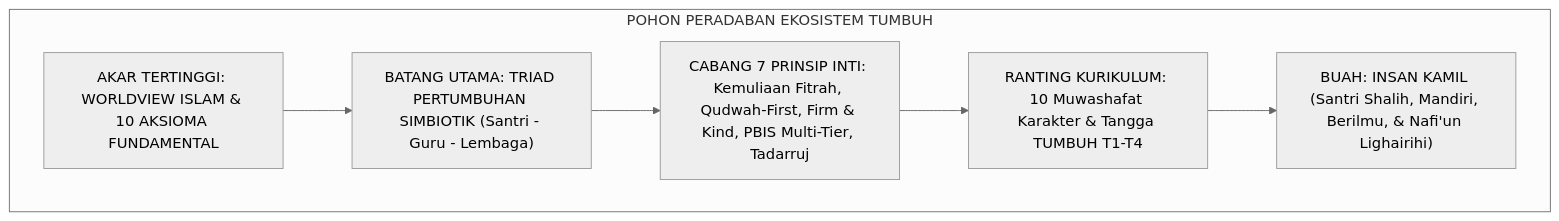
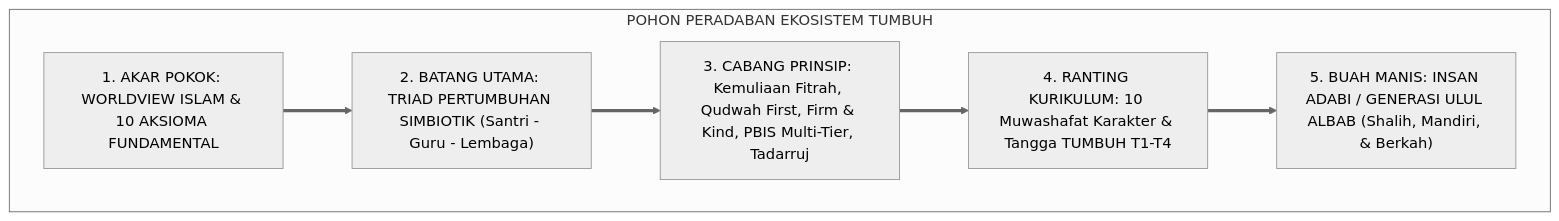
The first of 3 diagrams in 01 Philosophy/01 Worldview/P1-01-Worldview-TUMBUH.md (wandiapriliyandi/tumbuh), drawn with Mermaid (neutral theme) before and after one commit. The commit also changed other lines of this file and 24 other files, not shown here.

Commit message:
feat(worldview): restrukturisasi subfolder modular 01 Hakikat Realitas & 02 Epistemologi TUMBUH dan penyelesaian 100% monograf terpadu

````diff
--- a/01 Philosophy/01 Worldview/P1-01-Worldview-TUMBUH.md
+++ b/01 Philosophy/01 Worldview/P1-01-Worldview-TUMBUH.md
@@ -28,15 +58,12 @@
 ```mermaid
-graph TD
-    subgraph PohonPeradaban["POHON PERADABAN EKOSISTEM TUMBUH"]
-        Akar["AKAR TERTINGGI: WORLDVIEW ISLAM & 10 AKSIOMA FUNDAMENTAL"]
-        Batang1["BATANG UTAMA: TRIAD PERTUMBUHAN SIMBIOTIK (Santri - Guru - Lembaga)"]
-        Cabang["CABANG 7 PRINSIP INTI: Kemuliaan Fitrah, Qudwah-First, Firm & Kind, PBIS Multi-Tier, Tadarruj"]
-        Ranting["RANTING KURIKULUM: 10 Muwashafat Karakter & Tangga TUMBUH T1-T4"]
-        Buah["BUAH: INSAN KAMIL (Santri Shalih, Mandiri, Berilmu, & Nafi'un Lighairihi)"]
+flowchart TD
+    subgraph PohonWorldviewTUMBUH["POHON PERADABAN EKOSISTEM TUMBUH"]
+        Akar["1. AKAR POKOK: WORLDVIEW ISLAM & 10 AKSIOMA FUNDAMENTAL"]
+        Batang["2. BATANG UTAMA: TRIAD PERTUMBUHAN SIMBIOTIK (Santri - Guru - Lembaga)"]
+        Cabang["3. CABANG PRINSIP: Kemuliaan Fitrah, Qudwah First, Firm & Kind, PBIS Multi-Tier, Tadarruj"]
+        Ranting["4. RANTING KURIKULUM: 10 Muwashafat Karakter & Tangga TUMBUH T1-T4"]
+        Buah["5. BUAH MANIS: INSAN ADABI / GENERASI ULUL ALBAB (Shalih, Mandiri, & Berkah)"]
         
-        Akar --> Batang1
-        Batang1 --> Cabang
-        Cabang --> Ranting
-        Ranting --> Buah
+        Akar ==> Batang ==> Cabang ==> Ranting ==> Buah
     end
 ```
````
